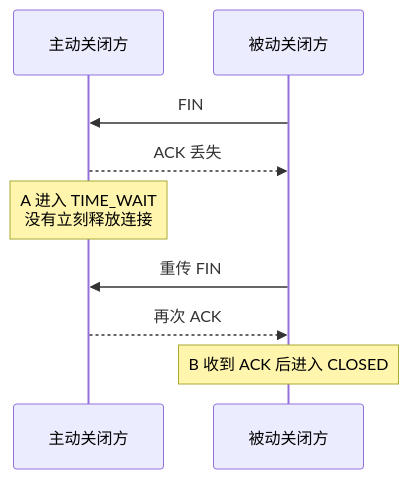
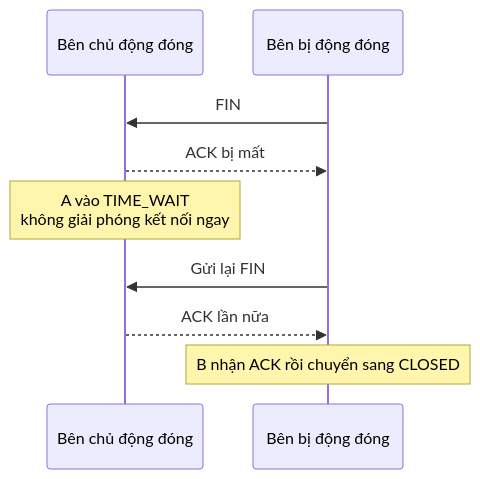
The diagram in docs/cs-basics/network/tcp-time-wait.md (tuanpm2026/java-guide), drawn with Mermaid before and after one commit. The commit also changed other lines of this file and 30 other files, not shown here.

````diff
--- a/docs/cs-basics/network/tcp-time-wait.md
+++ b/docs/cs-basics/network/tcp-time-wait.md
@@ -40,12 +40,12 @@
 ```mermaid
 sequenceDiagram
-  participant A as 主动关闭方
-  participant B as 被动关闭方
+  participant A as Bên chủ động đóng
+  participant B as Bên bị động đóng
 
   B->>A: FIN
-  A-->>B: ACK 丢失
-  Note over A: A 进入 TIME_WAIT<br/>没有立刻释放连接
-  B->>A: 重传 FIN
-  A-->>B: 再次 ACK
-  Note over B: B 收到 ACK 后进入 CLOSED
+  A-->>B: ACK bị mất
+  Note over A: A vào TIME_WAIT<br/>không giải phóng kết nối ngay
+  B->>A: Gửi lại FIN
+  A-->>B: ACK lần nữa
+  Note over B: B nhận ACK rồi chuyển sang CLOSED
 ```
````
